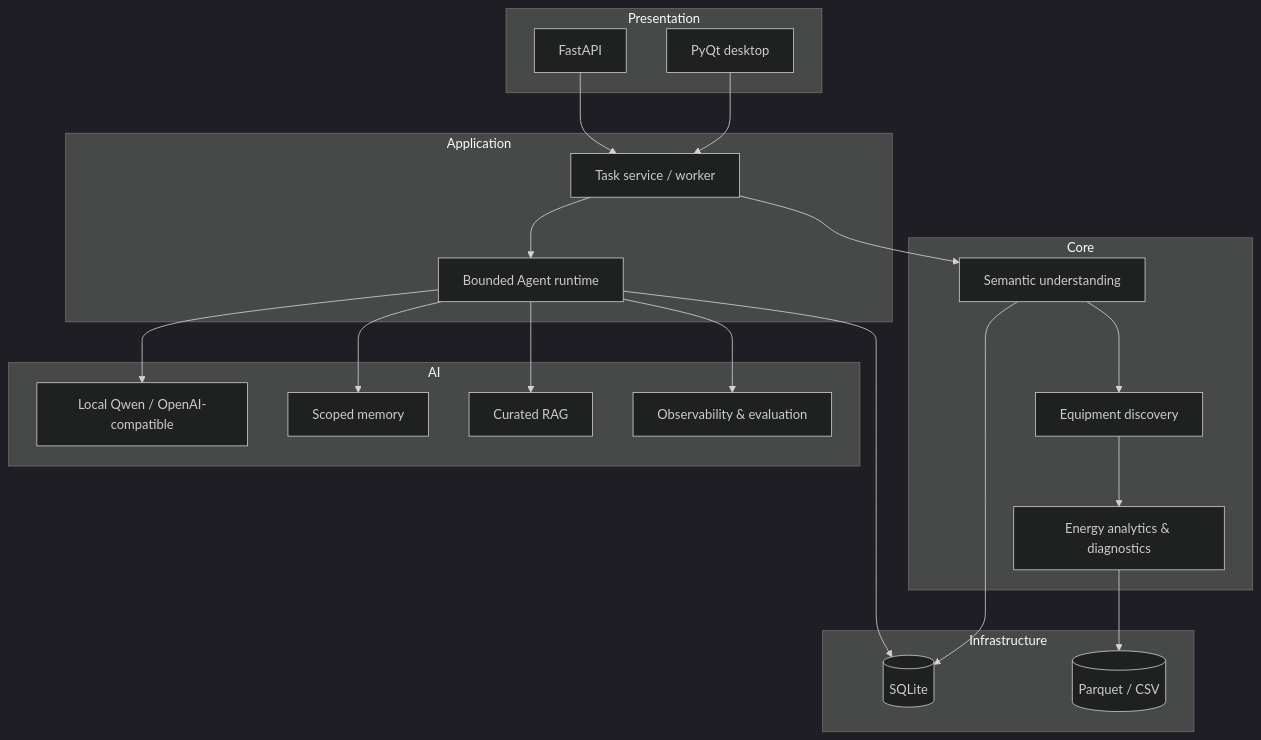
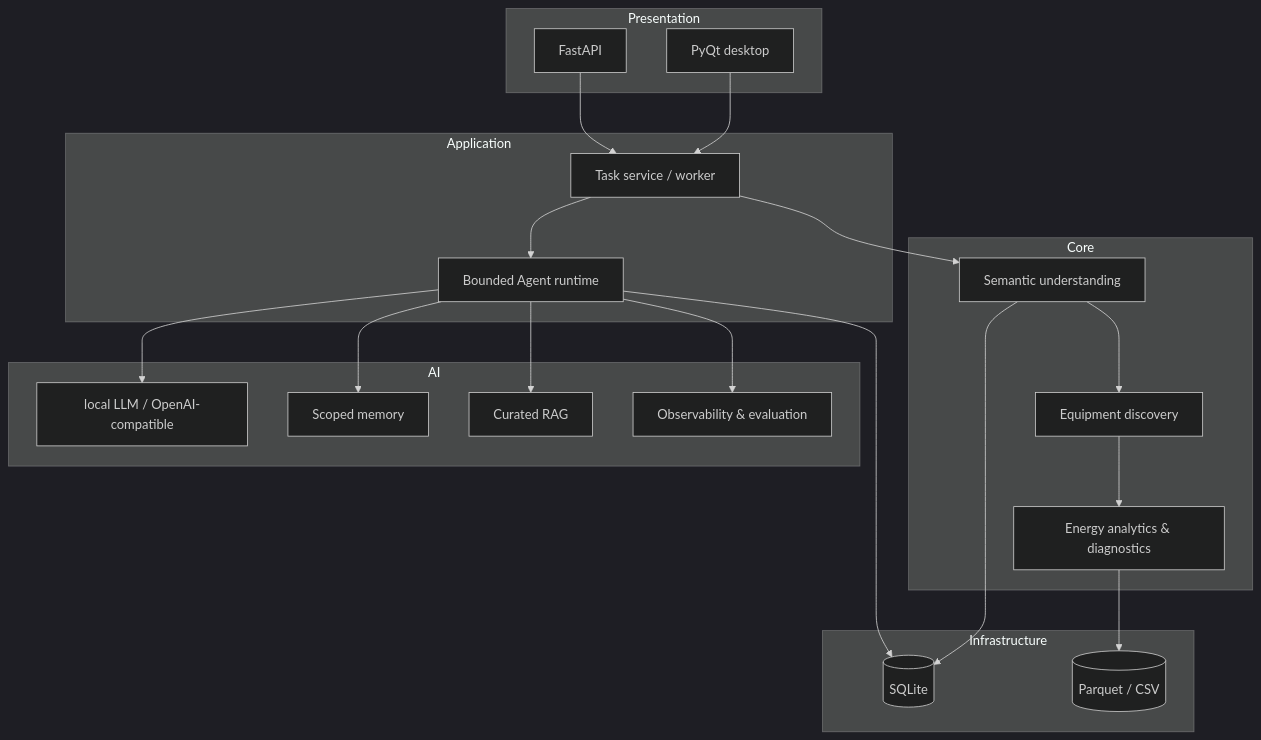
One commit to KaedeharaT/hvac-ai-analyzer changed the third of 3 diagrams in README.md. Above: the diagram before and after it, drawn with Mermaid (dark theme). The commit also changed other lines of this file and 25 other files, not shown here.

````diff
--- a/README.md
+++ b/README.md
@@ -145,37 +145,37 @@
 ```mermaid
 flowchart TB
     subgraph Presentation
         UI[PyQt desktop]
         API[FastAPI]
     end
     subgraph Application
         TASK[Task service / worker]
         AGENT[Bounded Agent runtime]
     end
     subgraph Core
         SEM[Semantic understanding]
         EQUIP[Equipment discovery]
         ANALYTICS[Energy analytics & diagnostics]
     end
     subgraph AI
-        LLM[Local Qwen / OpenAI-compatible]
+        LLM[local LLM / OpenAI-compatible]
         MEM[Scoped memory]
         RAG[Curated RAG]
         TRACE[Observability & evaluation]
     end
     subgraph Infrastructure
         DB[(SQLite)]
         DATA[(Parquet / CSV)]
     end
     UI --> TASK
     API --> TASK
     TASK --> AGENT
     TASK --> SEM --> EQUIP --> ANALYTICS
     AGENT --> LLM
     AGENT --> MEM
     AGENT --> RAG
     AGENT --> TRACE
     SEM --> DB
     ANALYTICS --> DATA
     AGENT --> DB
 ```
````
